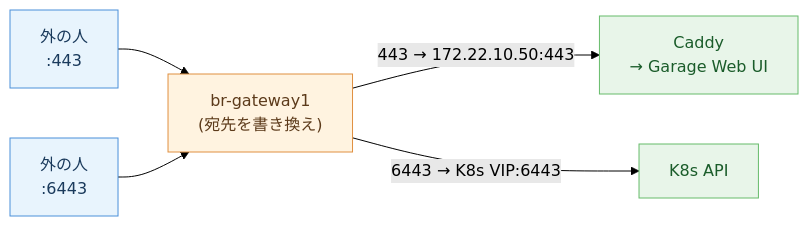
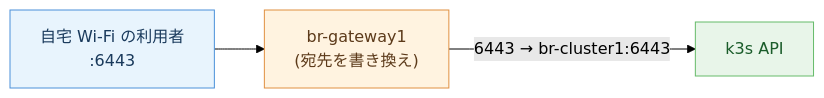
The seventh of 8 diagrams in docs/network-nftables-guide.md (bright-room/br-cluster), drawn with Mermaid (forest theme) before and after one commit. The commit also changed other lines of this file and 3 other files, not shown here.

````diff
--- a/docs/network-nftables-guide.md
+++ b/docs/network-nftables-guide.md
@@ -165,14 +165,9 @@
 ```mermaid
 graph LR
-    User1["外の人<br/>:443"] --> GW["br-gateway1<br/>(宛先を書き換え)"]
-    User2["外の人<br/>:6443"] --> GW
+    User["自宅 Wi-Fi の利用者<br/>:6443"] --> GW["br-gateway1<br/>(宛先を書き換え)"]
+    GW -->|"6443 → br-cluster1:6443"| K8s["k3s API"]
 
-    GW -->|"443 → 172.22.10.50:443"| Caddy["Caddy<br/>→ Garage Web UI"]
-    GW -->|"6443 → K8s VIP:6443"| K8s["K8s API"]
-
-    style User1 fill:#e8f4fd,stroke:#4a90d9,color:#1a3a5c
-    style User2 fill:#e8f4fd,stroke:#4a90d9,color:#1a3a5c
+    style User fill:#e8f4fd,stroke:#4a90d9,color:#1a3a5c
     style GW fill:#fff3e0,stroke:#e09040,color:#5c3a1a
-    style Caddy fill:#e8f5e9,stroke:#66bb6a,color:#1a5c2a
     style K8s fill:#e8f5e9,stroke:#66bb6a,color:#1a5c2a
 ```
````
